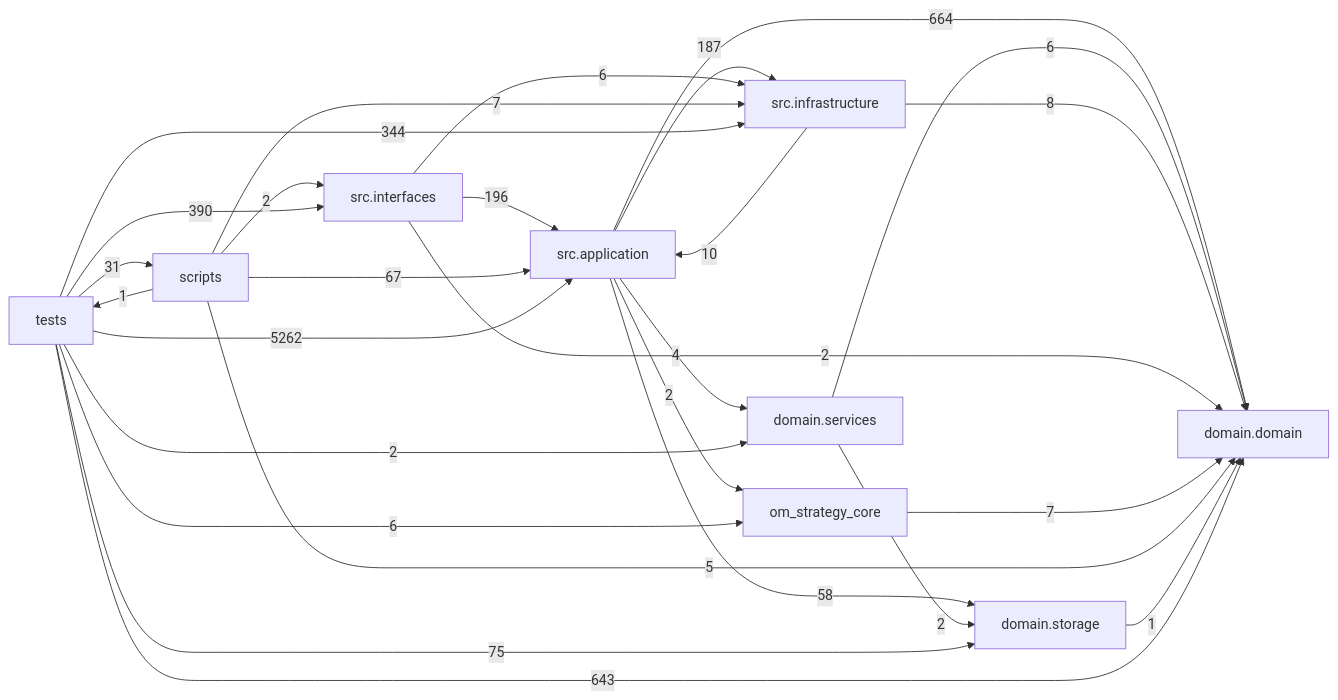
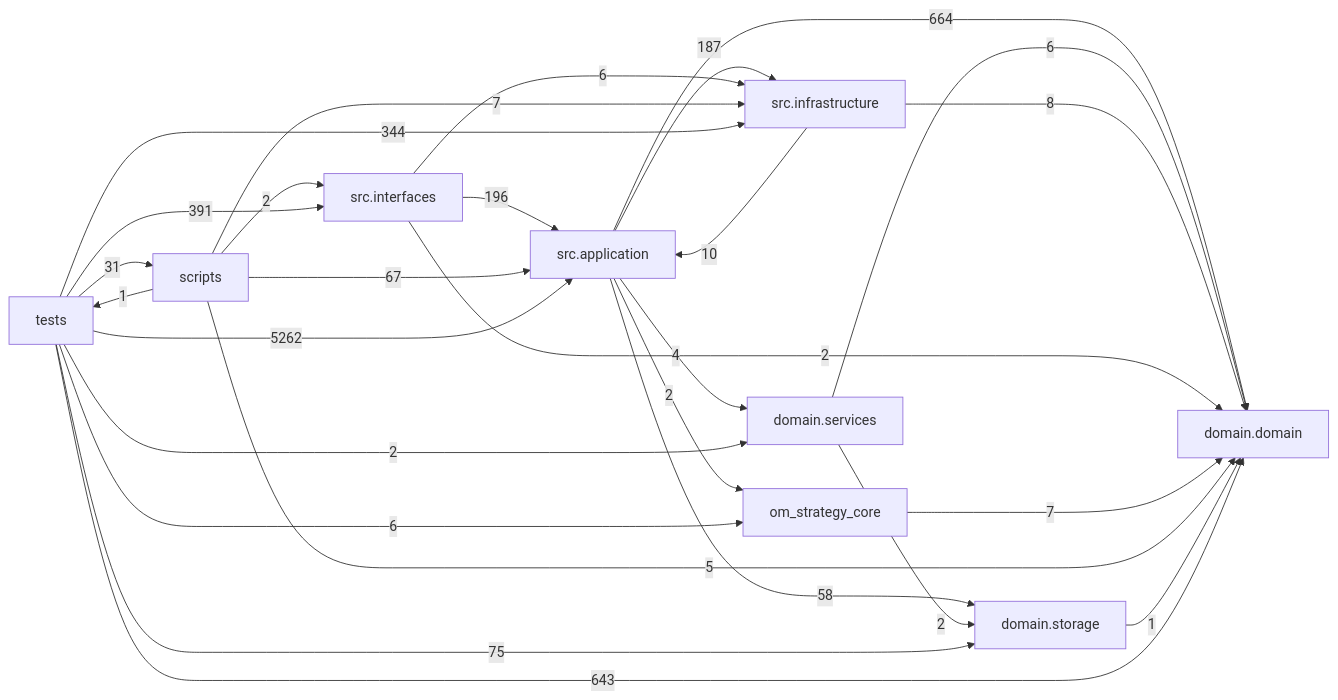
One commit to liuxie066/options-monitor changed the diagram in docs/DEPENDENCY_GRAPH.md. Above: the diagram before and after it, drawn with Mermaid. The commit also changed other lines of this file and 5 other files, not shown here.

````diff
--- a/docs/DEPENDENCY_GRAPH.md
+++ b/docs/DEPENDENCY_GRAPH.md
@@ -24,38 +24,38 @@
 ```mermaid
 flowchart LR
   tests["tests"]
   scripts["scripts"]
   interfaces["src.interfaces"]
   application["src.application"]
   infrastructure["src.infrastructure"]
   domain_services["domain.services"]
   domain["domain.domain"]
   storage["domain.storage"]
   application -->|664| domain
   application -->|4| domain_services
   application -->|187| infrastructure
   application -->|2| om_strategy_core
   application -->|58| storage
   domain_services -->|6| domain
   domain_services -->|2| storage
   infrastructure -->|10| application
   infrastructure -->|8| domain
   interfaces -->|196| application
   interfaces -->|2| domain
   interfaces -->|6| infrastructure
   om_strategy_core -->|7| domain
   scripts -->|67| application
   scripts -->|5| domain
   scripts -->|7| infrastructure
   scripts -->|2| interfaces
   scripts -->|1| tests
   storage -->|1| domain
   tests -->|5262| application
   tests -->|643| domain
   tests -->|2| domain_services
   tests -->|344| infrastructure
-  tests -->|390| interfaces
+  tests -->|391| interfaces
   tests -->|6| om_strategy_core
   tests -->|31| scripts
   tests -->|75| storage
 ```
````
